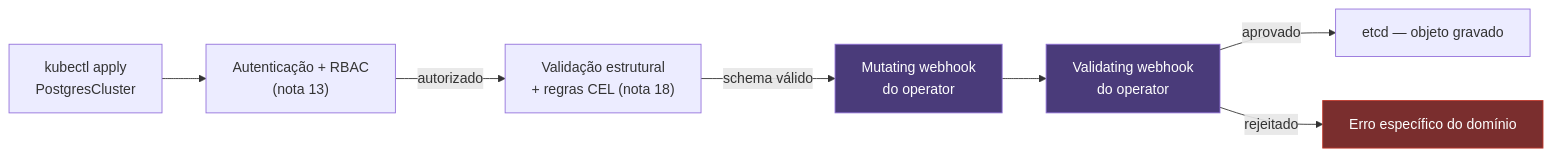
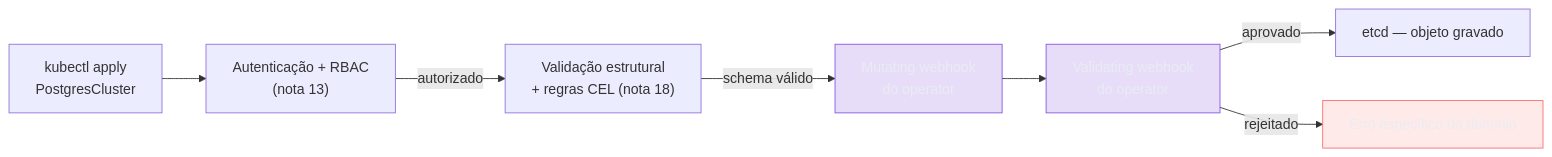
Before and after one commit to josenaldo/codex-technomanticus: the fifth of 5 diagrams in 03-Dominios/Tecnologia/Infraestrutura/Kubernetes/19 - Operators.md, drawn with Mermaid. The commit also changed other lines of this file and 1181 other files, not shown here.

First line of the commit message:
fix(diagramas): paleta do sistema no lugar de cor cravada no markdown

````diff
--- a/03-Dominios/Tecnologia/Infraestrutura/Kubernetes/19 - Operators.md
+++ b/03-Dominios/Tecnologia/Infraestrutura/Kubernetes/19 - Operators.md
@@ -269,13 +274,15 @@
 ```mermaid
 graph LR
+    classDef marca fill:#8855DF33,stroke:#8855DF,color:#E9ECF2
+    classDef falha fill:#FF6B6B24,stroke:#FF6B6B,color:#E9ECF2
     Req["kubectl apply<br/>PostgresCluster"] --> Auth["Autenticação + RBAC<br/>(nota 13)"]
     Auth -->|"autorizado"| CEL["Validação estrutural<br/>+ regras CEL (nota 18)"]
     CEL -->|"schema válido"| MW["Mutating webhook<br/>do operator"]
     MW --> VW["Validating webhook<br/>do operator"]
     VW -->|"aprovado"| ETCD["etcd — objeto gravado"]
     VW -->|"rejeitado"| Err["Erro específico do domínio"]
 
-    style MW fill:#4a3b7a,stroke:#8e6fd6,color:#fff
-    style VW fill:#4a3b7a,stroke:#8e6fd6,color:#fff
-    style Err fill:#7a2e2e,stroke:#c0392b,color:#fff
+    class MW marca
+    class VW marca
+    class Err falha
 ```
````
